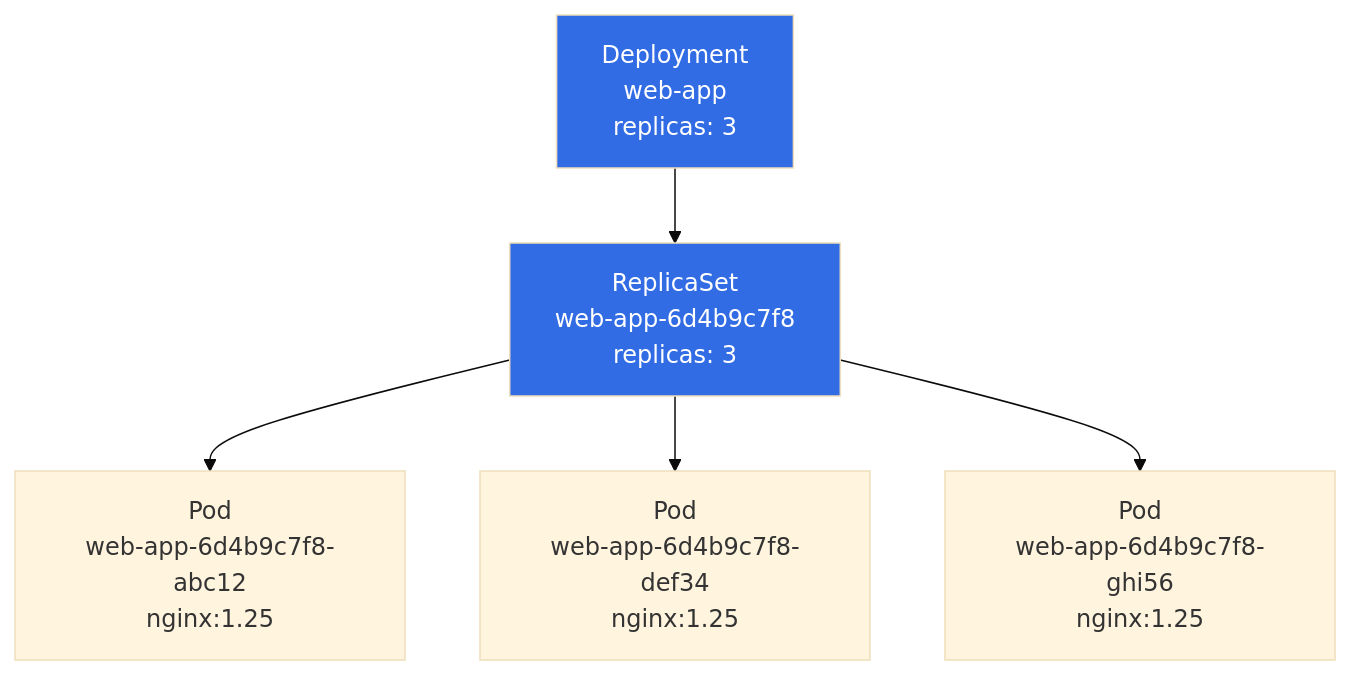
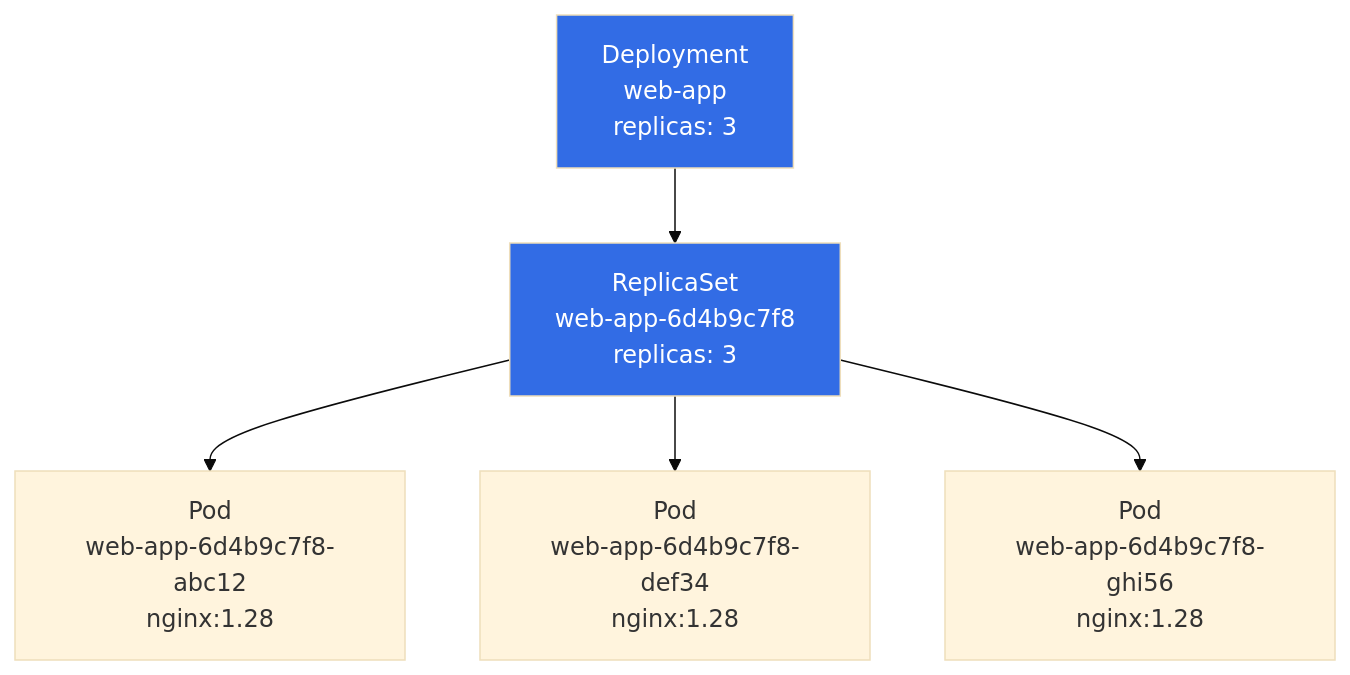
Before and after one commit to Antoine-Flo/kube-mastery: the diagram in src/courses/modules/deployments/02-creating-a-deployment/en/content.md, drawn with Mermaid (base theme). The commit also changed other lines of this file and 38 other files, not shown here.

````diff
--- a/src/courses/modules/deployments/02-creating-a-deployment/en/content.md
+++ b/src/courses/modules/deployments/02-creating-a-deployment/en/content.md
@@ -83,16 +83,16 @@
 ```mermaid
 graph TB
     DEP["Deployment\nweb-app\nreplicas: 3"]
     RS["ReplicaSet\nweb-app-6d4b9c7f8\nreplicas: 3"]
-    P1["Pod\nweb-app-6d4b9c7f8-abc12\nnginx:1.25"]
-    P2["Pod\nweb-app-6d4b9c7f8-def34\nnginx:1.25"]
-    P3["Pod\nweb-app-6d4b9c7f8-ghi56\nnginx:1.25"]
+    P1["Pod\nweb-app-6d4b9c7f8-abc12\nnginx:1.28"]
+    P2["Pod\nweb-app-6d4b9c7f8-def34\nnginx:1.28"]
+    P3["Pod\nweb-app-6d4b9c7f8-ghi56\nnginx:1.28"]
 
     DEP --> RS
     RS --> P1
     RS --> P2
     RS --> P3
 
     style DEP fill:#326ce5,color:#fff
     style RS fill:#326ce5,color:#fff
 ```
````
